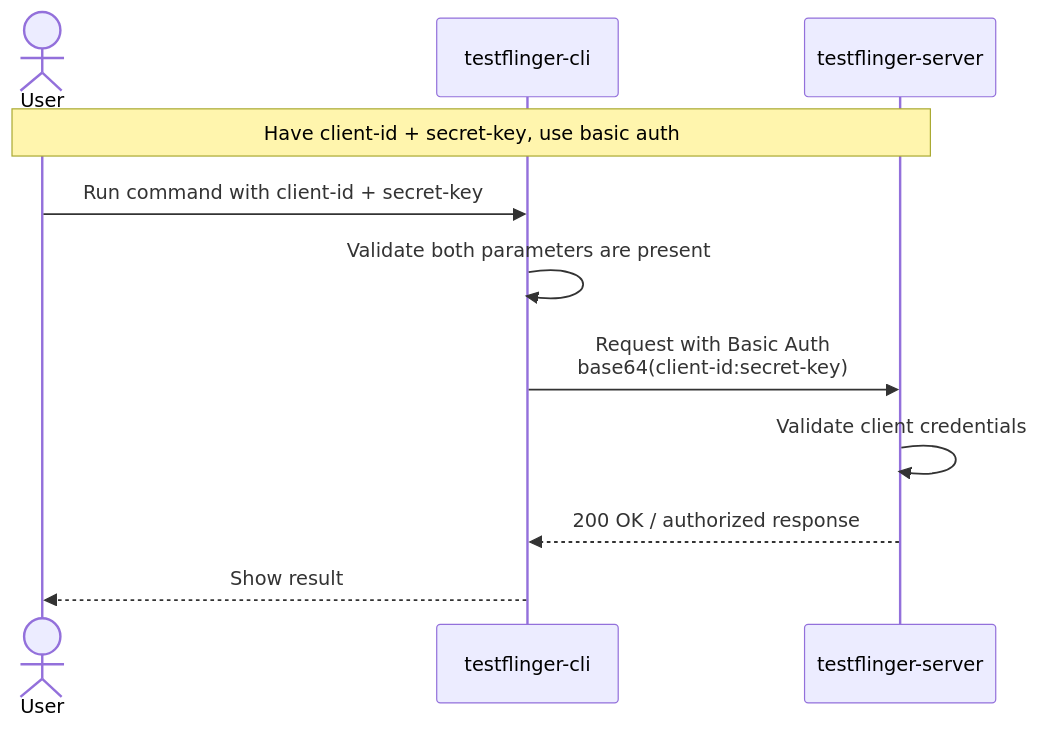
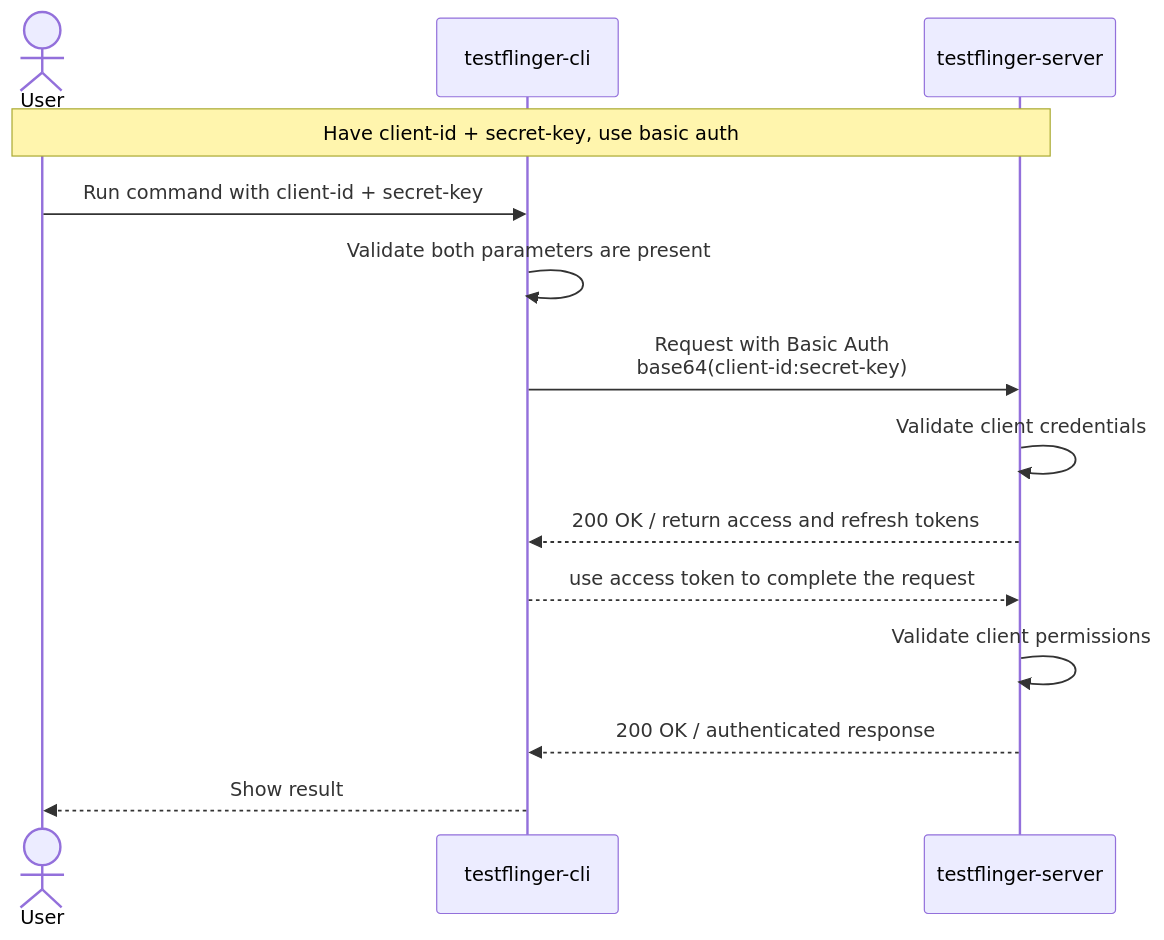
The first of 7 diagrams in docs/explanation/authentication.rst (canonical/testflinger), drawn with Mermaid before and after one commit. The commit also changed other lines of this file, not shown here.

```diff
--- a/docs/explanation/authentication.rst
+++ b/docs/explanation/authentication.rst
@@ -33,17 +28,20 @@
 .. mermaid::
     :alt: Sequence diagram showing BASIC Auth is used when client_id and secret_key are provided
     :caption: Sequence diagram showing BASIC Auth is used when client_id and secret_key are provided
     :align: center
 
     sequenceDiagram
         actor User
         participant CLI as testflinger-cli
         participant Server as testflinger-server
 
         Note over User,Server: Have client-id + secret-key, use basic auth
         User->>CLI: Run command with client-id + secret-key
         CLI->>CLI: Validate both parameters are present
         CLI->>Server: Request with Basic Auth<br/>base64(client-id:secret-key)
         Server->>Server: Validate client credentials
-        Server-->>CLI: 200 OK / authorized response
+        Server-->>CLI: 200 OK / return access and refresh tokens
+        CLI-->>Server: use access token to complete the request
+        Server->>Server: Validate client permissions
+        Server-->>CLI: 200 OK / authenticated response
         CLI-->>User: Show result
```
